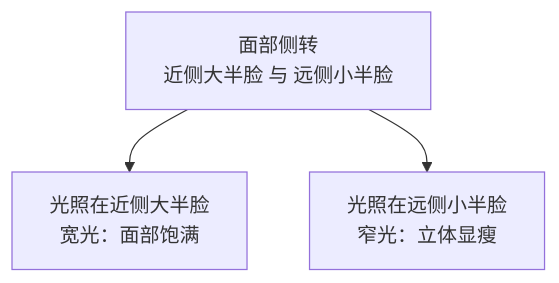
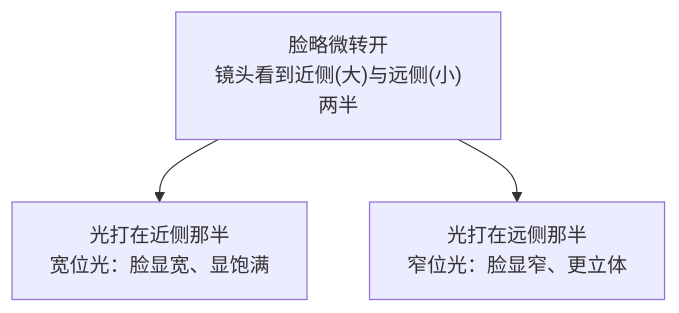
Before and after one commit to yingwang/photography-book: the diagram in docs/07-portrait.md, drawn with Mermaid. The commit also changed other lines of this file and 18 other files, not shown here.

````diff
--- a/docs/07-portrait.md
+++ b/docs/07-portrait.md
@@ -79,6 +60,6 @@
 ```mermaid
 graph TD
-    A["面部侧转<br/>近侧大半脸 与 远侧小半脸"]
-    A --> B["光照在近侧大半脸<br/>宽光：面部饱满"]
-    A --> C["光照在远侧小半脸<br/>窄光：立体显瘦"]
+    A["脸略微转开<br/>镜头看到近侧(大)与远侧(小)两半"]
+    A --> B["光打在近侧那半<br/>宽位光：脸显宽、显饱满"]
+    A --> C["光打在远侧那半<br/>窄位光：脸显窄、更立体"]
 ```
````
